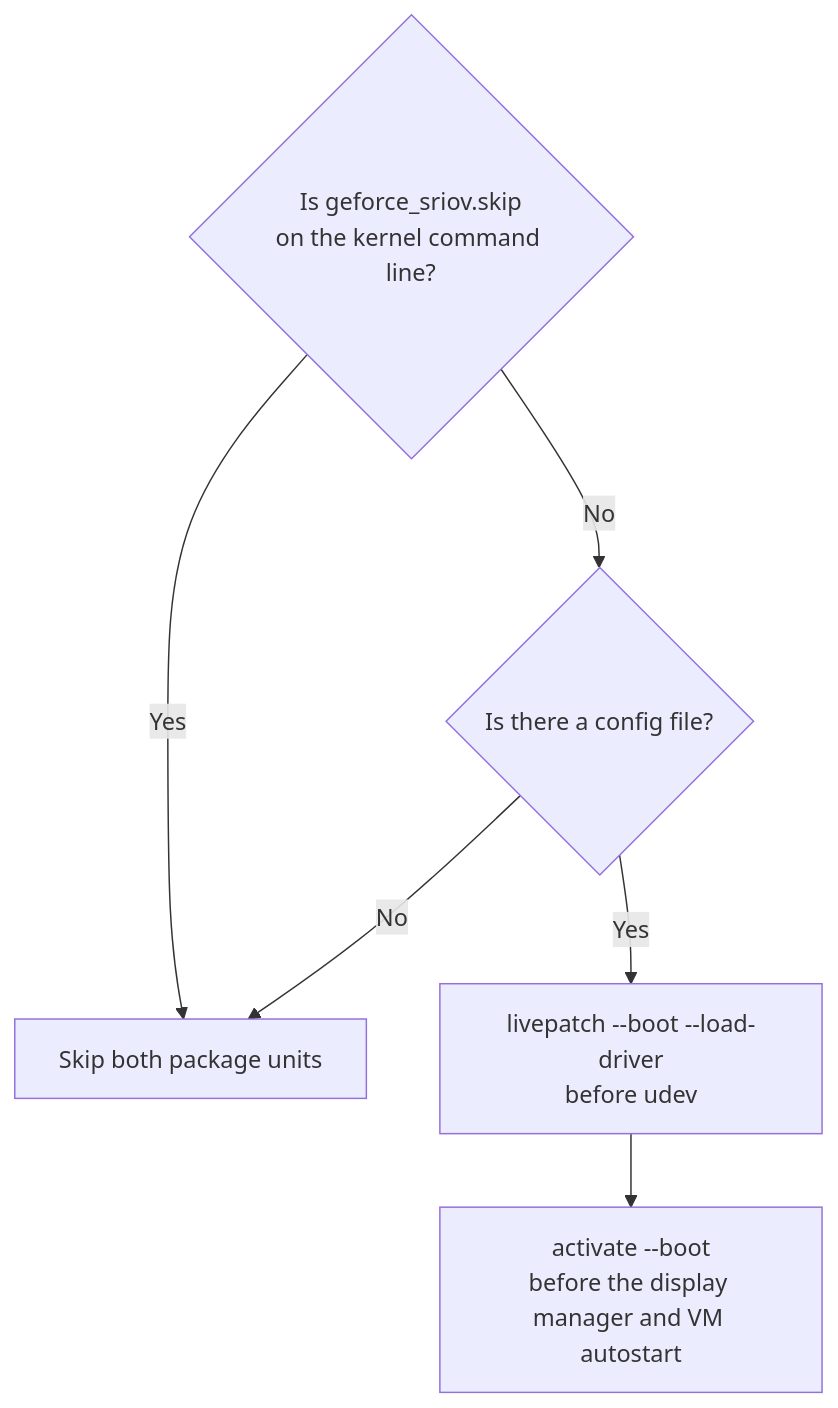
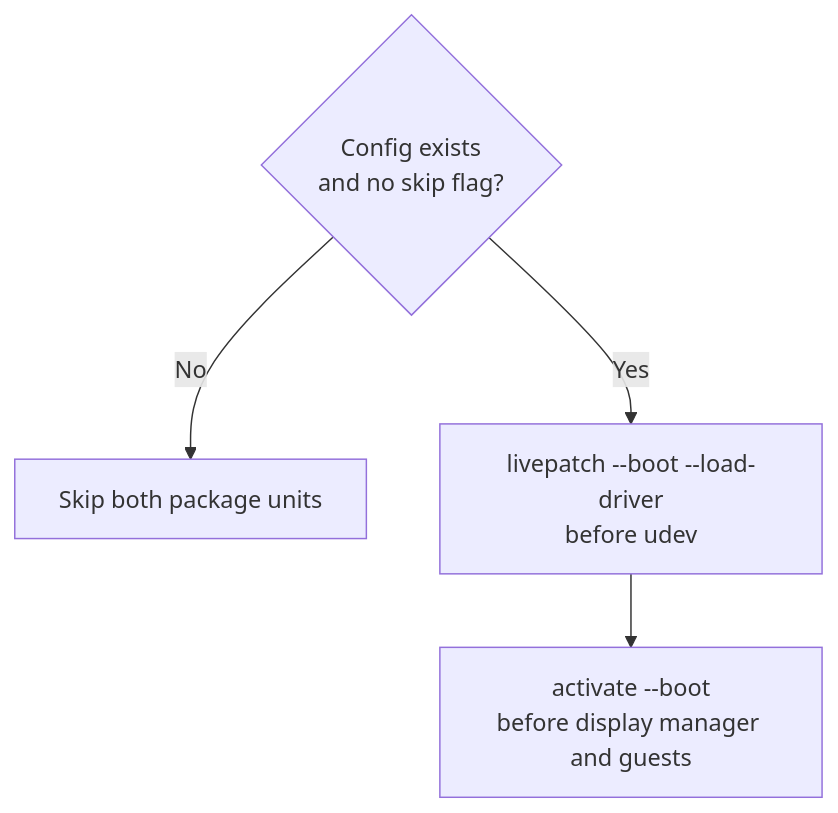
The third of 3 diagrams in docs/configuration.md (noon-at-cgn/geforce-sriov), drawn with Mermaid before and after one commit. The commit also changed other lines of this file and 86 other files, not shown here.

Commit message:
geforce-sriov 0.4.0

````diff
--- a/docs/configuration.md
+++ b/docs/configuration.md
@@ -462,8 +464,6 @@
 ```mermaid
 flowchart TD
-    skipflag{"Is geforce_sriov.skip<br/>on the kernel command line?"} -->|Yes| skip["Skip both package units"]
-    skipflag -->|No| config{"Is there a config file?"}
-    config -->|No| skip
+    config{"Config exists<br/>and no skip flag?"} -->|No| skip["Skip both package units"]
     config -->|Yes| lp["livepatch --boot --load-driver<br/>before udev"]
-    lp --> act["activate --boot<br/>before the display manager and VM autostart"]
+    lp --> activate["activate --boot<br/>before display manager and guests"]
 ```
````
